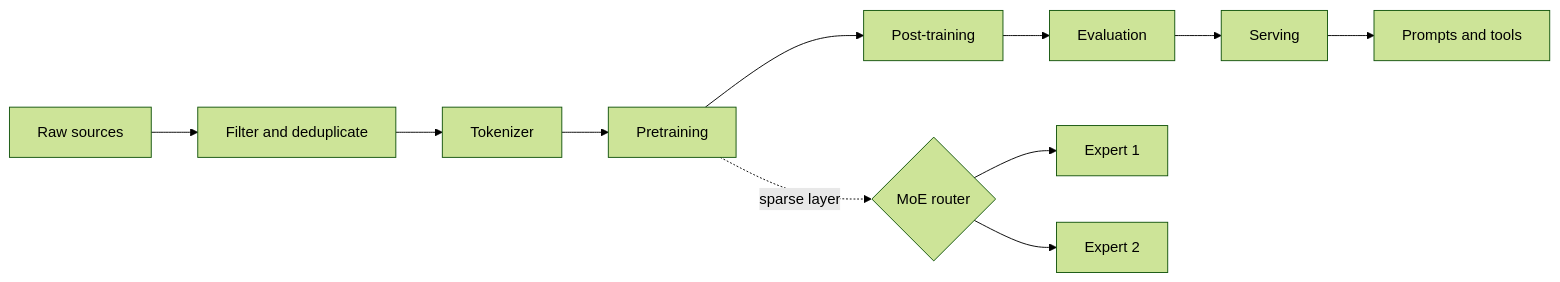
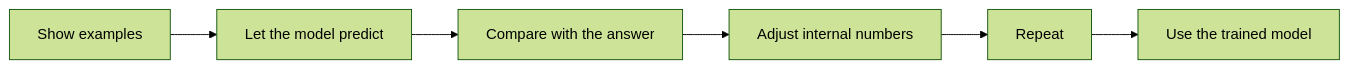
The diagram in README.md (ColtMercer/open-llm-engineering), drawn with Mermaid (forest theme) before and after one commit. The commit also changed other lines of this file and 13 other files, not shown here.

````diff
--- a/README.md
+++ b/README.md
@@ -14,13 +12,8 @@
 ```mermaid
 flowchart LR
-    A[Raw sources] --> B[Filter and deduplicate]
-    B --> C[Tokenizer]
-    C --> D[Pretraining]
-    D --> E[Post-training]
-    E --> F[Evaluation]
-    F --> G[Serving]
-    G --> H[Prompts and tools]
-    D -. sparse layer .-> M{MoE router}
-    M --> X1[Expert 1]
-    M --> X2[Expert 2]
+    A[Show examples] --> B[Let the model predict]
+    B --> C[Compare with the answer]
+    C --> D[Adjust internal numbers]
+    D --> E[Repeat]
+    E --> F[Use the trained model]
 ```
````
